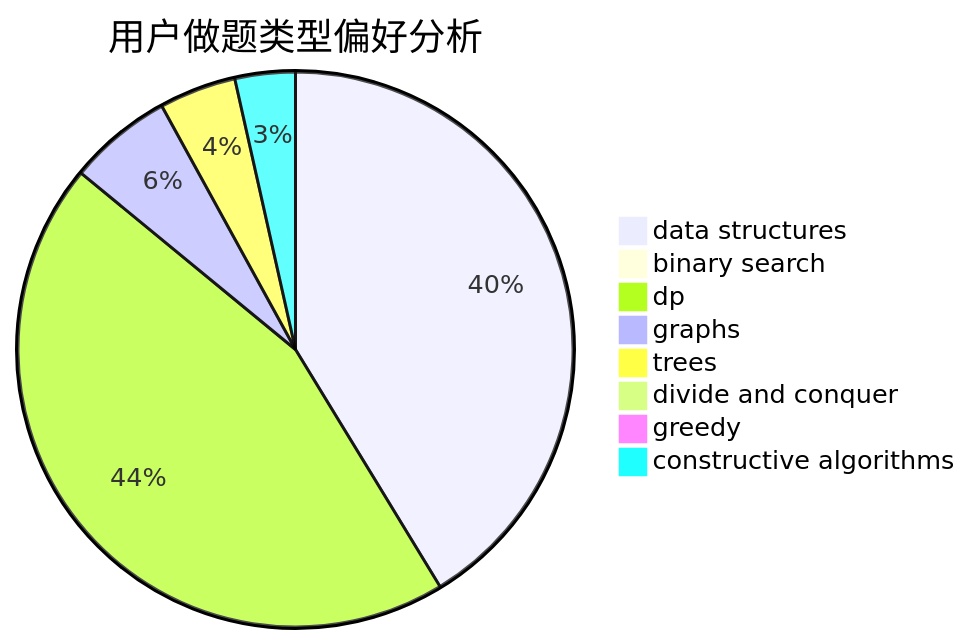
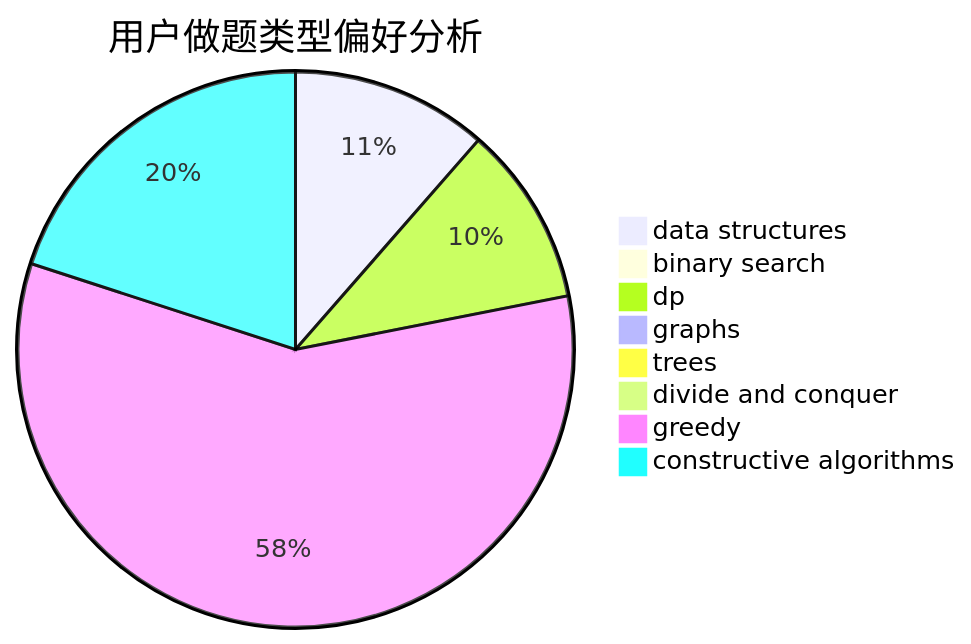
One commit to sherpahu/cfrs.github.io changed the second of 3 diagrams in docs/user/u2631.md. Above: the diagram before and after it, drawn with Mermaid. The commit also changed other lines of this file and 2770 other files, not shown here.

````diff
--- a/docs/user/u2631.md
+++ b/docs/user/u2631.md
@@ -23,11 +23,11 @@
 ```mermaid
 pie title 用户做题类型偏好分析
-    "data structures" :  341
-    "binary search" :  2
-    "dp" :  369
-    "graphs" :  50
-    "trees" :  37
-    "divide and conquer" :  8
-    "greedy" :  7
-    "constructive algorithms" :  29
+    "data structures" :  12
+    "binary search" :  1
+    "dp" :  11
+    "graphs" :  0
+    "trees" :  0
+    "divide and conquer" :  0
+    "greedy" :  61
+    "constructive algorithms" :  21
 ```
````
